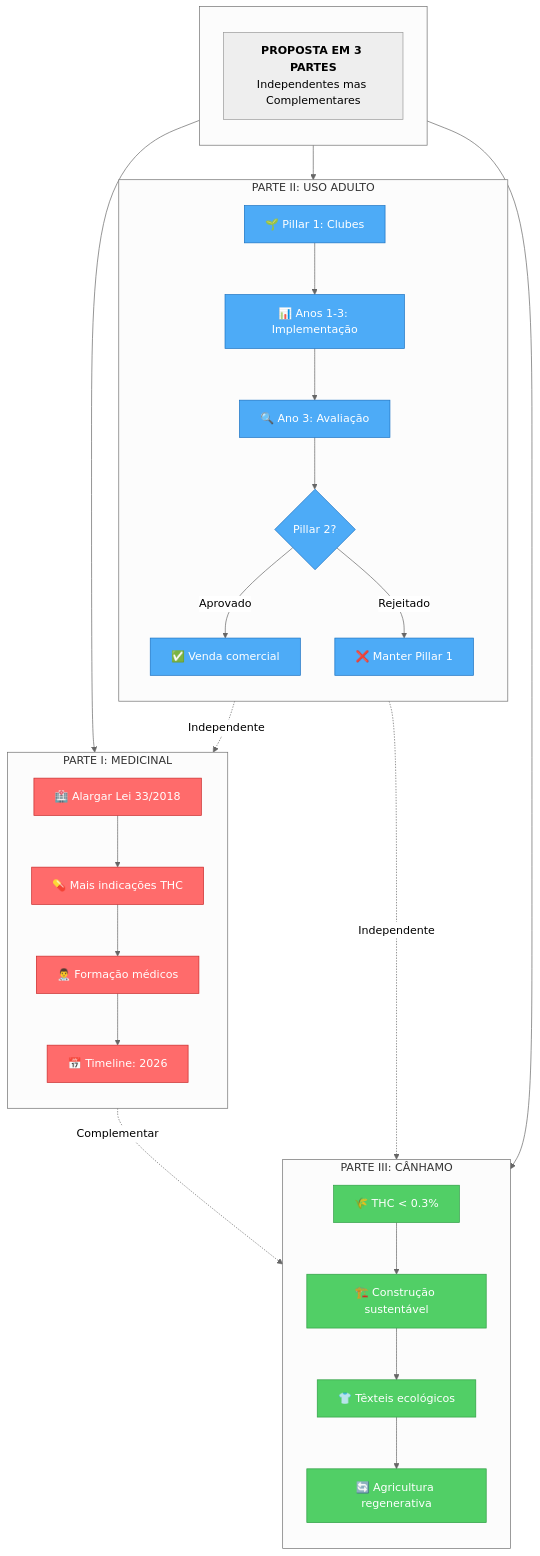
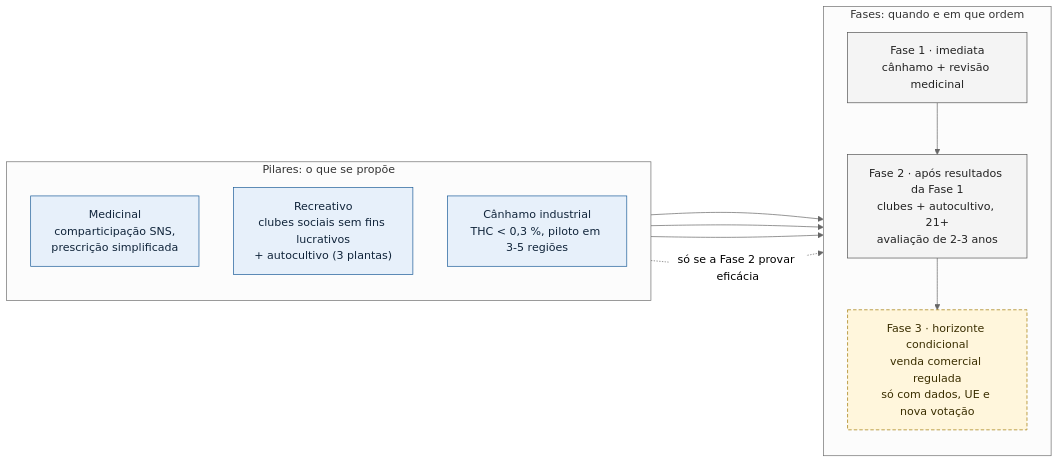
The diagram in assets/diagrams/estrutura-proposta.mmd (bcamarneiro/cannabis-legalization), drawn with Mermaid (neutral theme) before and after one commit. The commit also changed 16 other files, not shown here.

First line of the commit message:
Redesenha os diagramas a partir dos capítulos e embebe-os

```diff
--- a/assets/diagrams/estrutura-proposta.mmd
+++ b/assets/diagrams/estrutura-proposta.mmd
@@ -1,53 +1,25 @@
-graph TB
-    subgraph prop[" "]
+flowchart LR
+    subgraph P["Pilares: o que se propõe"]
         direction TB
-        titulo["<b>PROPOSTA EM 3 PARTES</b><br/>Independentes mas Complementares"]
+        PM["Medicinal<br/>comparticipação SNS,<br/>prescrição simplificada"]
+        PR["Recreativo<br/>clubes sociais sem fins lucrativos<br/>+ autocultivo (3 plantas)"]
+        PC["Cânhamo industrial<br/>THC &lt; 0,3 %, piloto em 3-5 regiões"]
     end
+    subgraph F["Fases: quando e em que ordem"]
+        direction TB
+        F1["Fase 1 · imediata<br/>cânhamo + revisão medicinal"]
+        F2["Fase 2 · após resultados da Fase 1<br/>clubes + autocultivo, 21+<br/>avaliação de 2-3 anos"]
+        F3["Fase 3 · horizonte condicional<br/>venda comercial regulada<br/>só com dados, UE e nova votação"]
+        F1 --> F2 --> F3
+    end
+    PM --> F1
+    PC --> F1
+    PR --> F2
+    PR -. "só se a Fase 2 provar eficácia" .-> F3
 
-    subgraph parte1["PARTE I: MEDICINAL"]
-        direction TB
-        M1["🏥 Alargar Lei 33/2018"]
-        M2["💊 Mais indicações THC"]
-        M3["👨‍⚕️ Formação médicos"]
-        M4["📅 Timeline: 2026"]
-        M1 --> M2 --> M3 --> M4
-    end
-
-    subgraph parte2["PARTE II: USO ADULTO"]
-        direction TB
-        R1["🌱 Pillar 1: Clubes"]
-        R2["📊 Anos 1-3: Implementação"]
-        R3["🔍 Ano 3: Avaliação"]
-        R4{"Pillar 2?"}
-        R5["✅ Venda comercial"]
-        R6["❌ Manter Pillar 1"]
-
-        R1 --> R2 --> R3 --> R4
-        R4 -->|Aprovado| R5
-        R4 -->|Rejeitado| R6
-    end
-
-    subgraph parte3["PARTE III: CÂNHAMO"]
-        direction TB
-        C1["🌾 THC < 0.3%"]
-        C2["🏗️ Construção sustentável"]
-        C3["👕 Têxteis ecológicos"]
-        C4["🔄 Agricultura regenerativa"]
-        C1 --> C2 --> C3 --> C4
-    end
-
-    titulo --> parte1
-    titulo --> parte2
-    titulo --> parte3
-
-    parte1 -.->|Complementar| parte3
-    parte2 -.->|Independente| parte1
-    parte2 -.->|Independente| parte3
-
-    classDef urgent fill:#ff6b6b,stroke:#c92a2a,color:#fff
-    classDef medium fill:#4dabf7,stroke:#1971c2,color:#fff
-    classDef parallel fill:#51cf66,stroke:#2f9e44,color:#fff
-
-    class M1,M2,M3,M4 urgent
-    class R1,R2,R3,R4,R5,R6 medium
-    class C1,C2,C3,C4 parallel
+    classDef pilar fill:#e7f0fa,stroke:#1c5d99,color:#10243a
+    classDef fase fill:#f4f4f4,stroke:#555,color:#222
+    classDef cond fill:#fff6dc,stroke:#a07800,color:#3a2e00,stroke-dasharray:5 3
+    class PM,PR,PC pilar
+    class F1,F2 fase
+    class F3 cond
```
